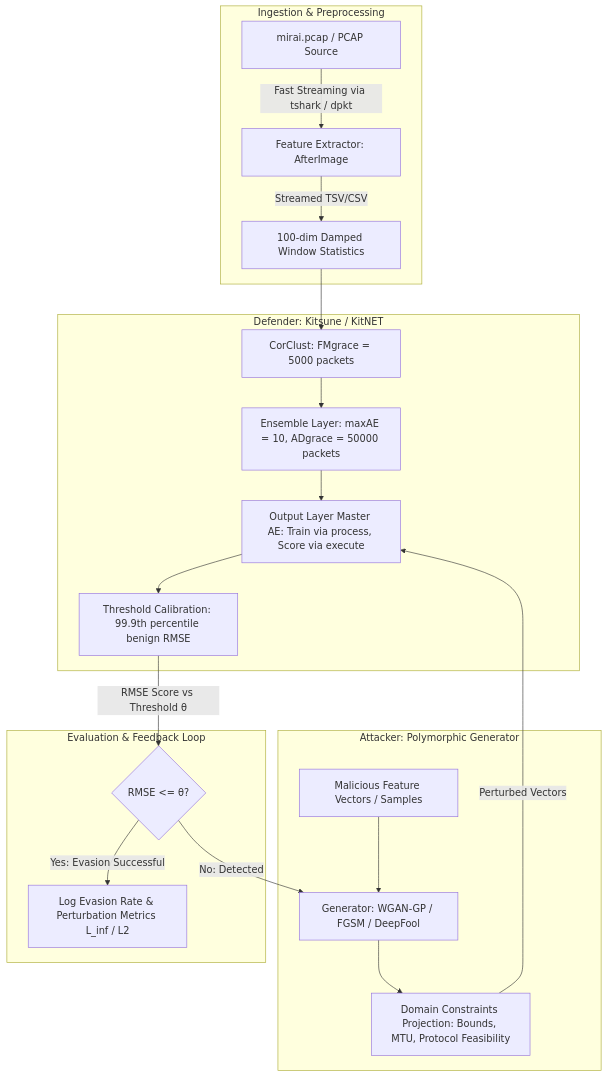
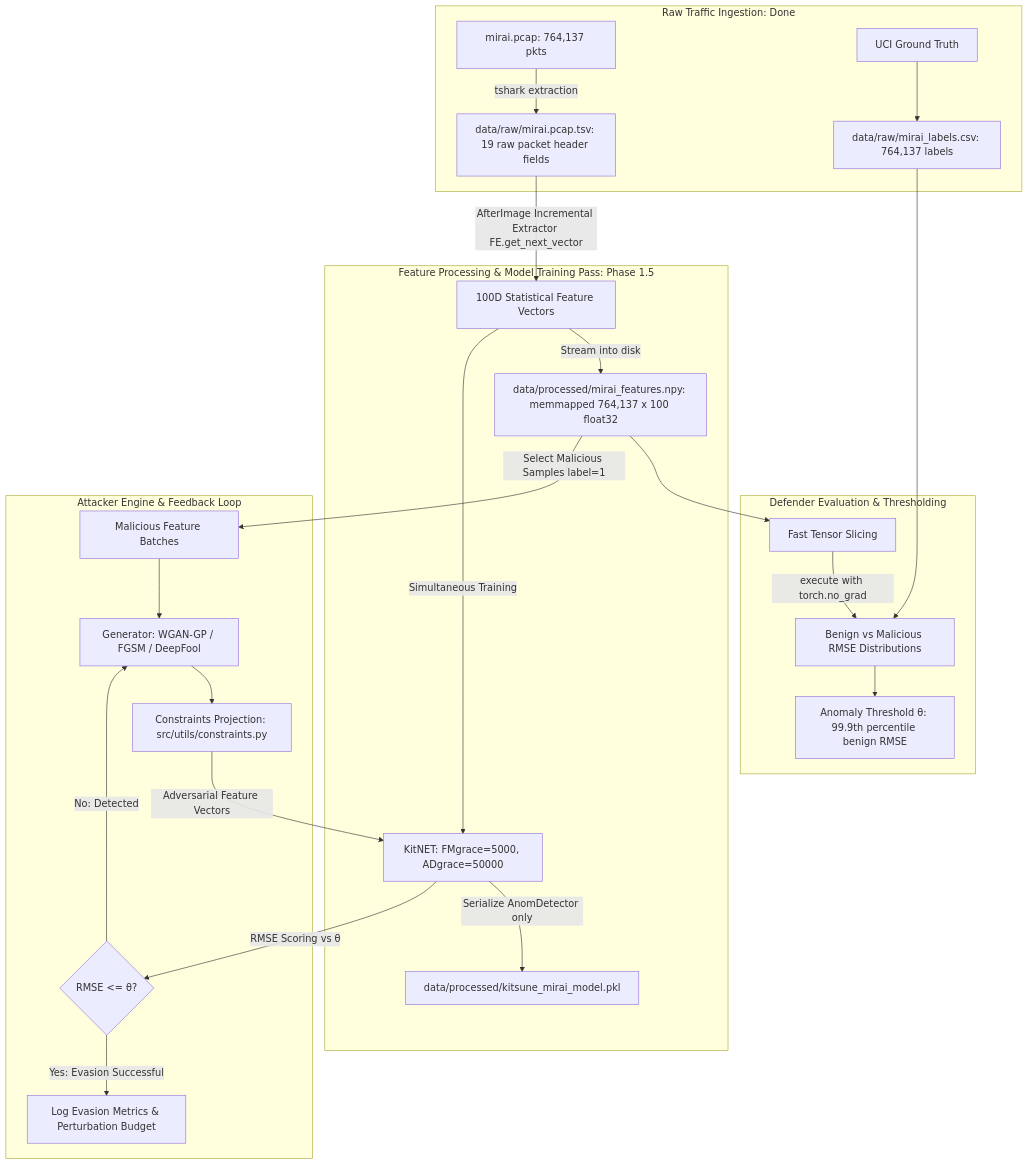
The diagram in docs/implementation_plan.md (brooklyng3/grad), drawn with Mermaid before and after one commit. The commit also changed other lines of this file and 44 other files, not shown here.

````diff
--- a/docs/implementation_plan.md
+++ b/docs/implementation_plan.md
@@ -9,26 +9,31 @@
 ```mermaid
 flowchart TD
-    subgraph Ingestion & Preprocessing
-        A1[mirai.pcap / PCAP Source] -->|Fast Streaming via tshark / dpkt| A2[Feature Extractor: AfterImage]
-        A2 -->|Streamed TSV/CSV| A3[100-dim Damped Window Statistics]
+    subgraph Raw Traffic Ingestion: Done
+        D1[mirai.pcap: 764,137 pkts] -->|tshark extraction| D2[data/raw/mirai.pcap.tsv: 19 raw packet header fields]
+        D3[UCI Ground Truth] --> D4[data/raw/mirai_labels.csv: 764,137 labels]
     end
 
-    subgraph Defender: Kitsune / KitNET
-        A3 --> B1[CorClust: FMgrace = 5000 packets]
-        B1 --> B2[Ensemble Layer: maxAE = 10, ADgrace = 50000 packets]
-        B2 --> B3[Output Layer Master AE: Train via process, Score via execute]
-        B3 --> B4[Threshold Calibration: 99.9th percentile benign RMSE]
+    subgraph Feature Processing & Model Training Pass: Phase 1.5
+        D2 -->|AfterImage Incremental Extractor FE.get_next_vector| P1[100D Statistical Feature Vectors]
+        P1 -->|Stream into disk| P2[data/processed/mirai_features.npy: memmapped 764,137 x 100 float32]
+        P1 -->|Simultaneous Training| K1[KitNET: FMgrace=5000, ADgrace=50000]
+        K1 -->|Serialize AnomDetector only| K2[data/processed/kitsune_mirai_model.pkl]
     end
 
-    subgraph Attacker: Polymorphic Generator
-        C1[Malicious Feature Vectors / Samples] --> C2[Generator: WGAN-GP / FGSM / DeepFool]
-        C2 --> C3[Domain Constraints Projection: Bounds, MTU, Protocol Feasibility]
+    subgraph Defender Evaluation & Thresholding
+        P2 --> K3[Fast Tensor Slicing]
+        K3 -->|execute with torch.no_grad| K4[Benign vs Malicious RMSE Distributions]
+        D4 --> K4
+        K4 --> K5[Anomaly Threshold θ: 99.9th percentile benign RMSE]
     end
 
-    subgraph Evaluation & Feedback Loop
-        C3 -->|Perturbed Vectors| B3
-        B4 -->|RMSE Score vs Threshold θ| D1{RMSE <= θ?}
-        D1 -->|No: Detected| C2
-        D1 -->|Yes: Evasion Successful| D2[Log Evasion Rate & Perturbation Metrics L_inf / L2]
+    subgraph Attacker Engine & Feedback Loop
+        P2 -->|Select Malicious Samples label=1| A1[Malicious Feature Batches]
+        A1 --> A2[Generator: WGAN-GP / FGSM / DeepFool]
+        A2 --> A3[Constraints Projection: src/utils/constraints.py]
+        A3 -->|Adversarial Feature Vectors| K1
+        K1 -->|RMSE Scoring vs θ| A4{RMSE <= θ?}
+        A4 -->|No: Detected| A2
+        A4 -->|Yes: Evasion Successful| A5[Log Evasion Metrics & Perturbation Budget]
     end
 ```
````
